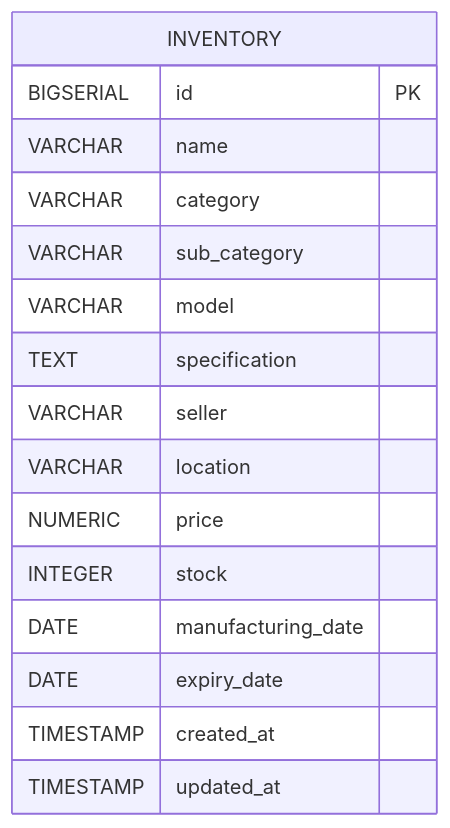
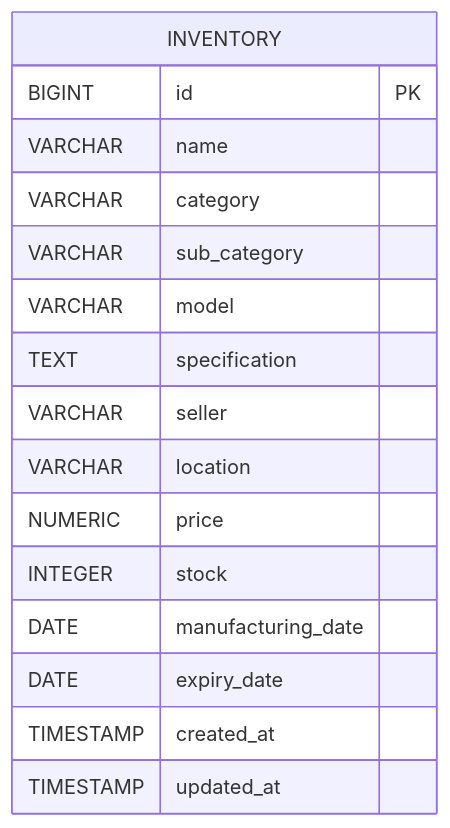
Before and after one commit to chaitanya-naralasetti-19/inventory-management-service: the third of 3 diagrams in README.md, drawn with Mermaid. The commit also changed other lines of this file and 15 other files, not shown here.

````diff
--- a/README.md
+++ b/README.md
@@ -125,20 +125,20 @@
 ```mermaid
 erDiagram
 
     INVENTORY {
-        BIGSERIAL id PK
+        BIGINT id PK
         VARCHAR name
         VARCHAR category
         VARCHAR sub_category
         VARCHAR model
         TEXT specification
         VARCHAR seller
         VARCHAR location
         NUMERIC price
         INTEGER stock
         DATE manufacturing_date
         DATE expiry_date
         TIMESTAMP created_at
         TIMESTAMP updated_at
     }
 ```
````
